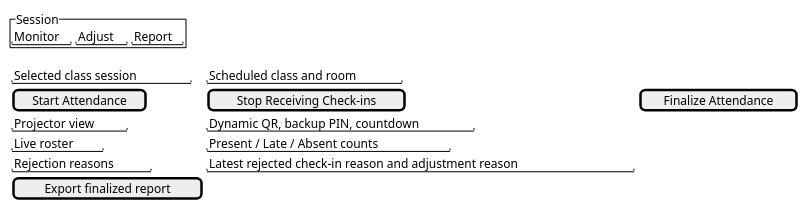
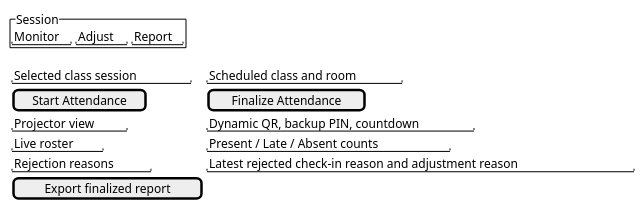
Before and after one commit to nttung42/SWD392: the fifth of 28 diagrams in docs/rds/2_Analysis.md, drawn with PlantUML. The commit also changed other lines of this file and 3 other files, not shown here.

````diff
--- a/docs/rds/2_Analysis.md
+++ b/docs/rds/2_Analysis.md
@@ -269,15 +265,15 @@
 ```plantuml
 @startsalt
 {
   {^"Session" | "Monitor" | "Adjust" | "Report"}
   {
     "Selected class session" | "Scheduled class and room"
-    [Start Attendance] | [Stop Receiving Check-ins] | [Finalize Attendance]
+    [Start Attendance] | [Finalize Attendance]
     "Projector view" | "Dynamic QR, backup PIN, countdown"
     "Live roster" | "Present / Late / Absent counts"
     "Rejection reasons" | "Latest rejected check-in reason and adjustment reason"
     [Export finalized report]
   }
 }
 @endsalt
 ```
````
